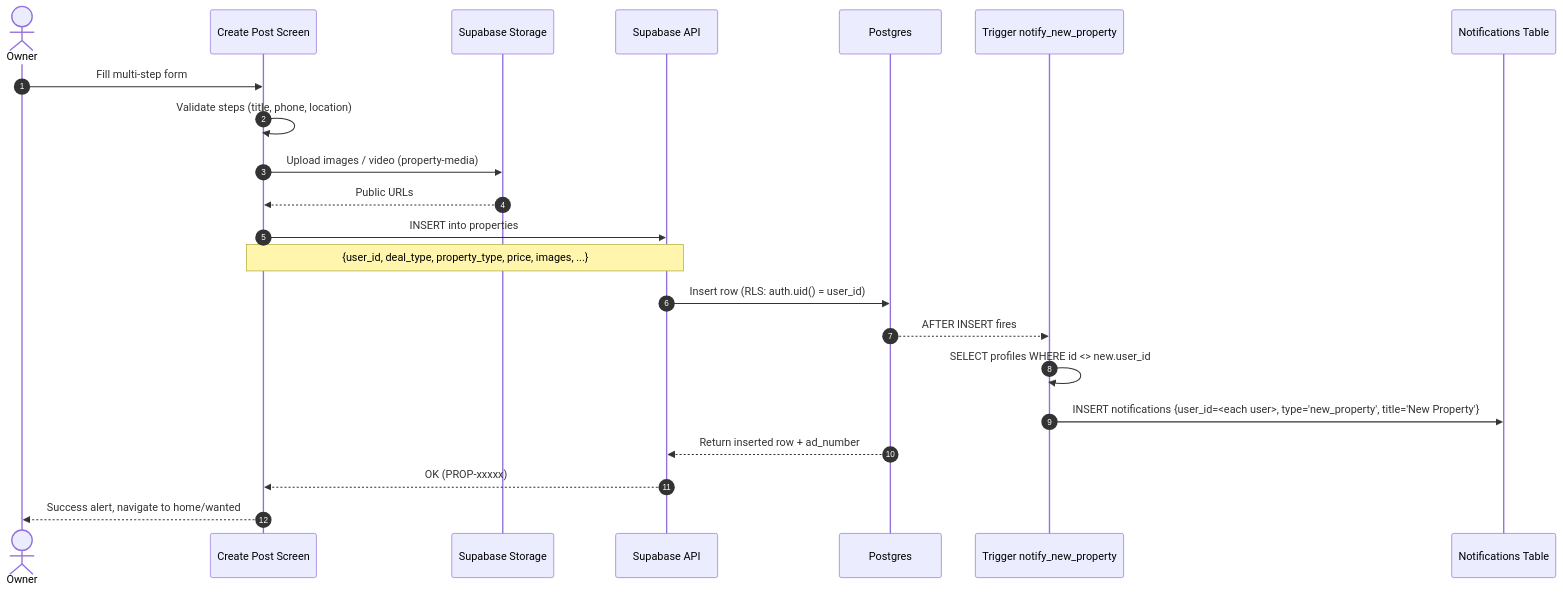
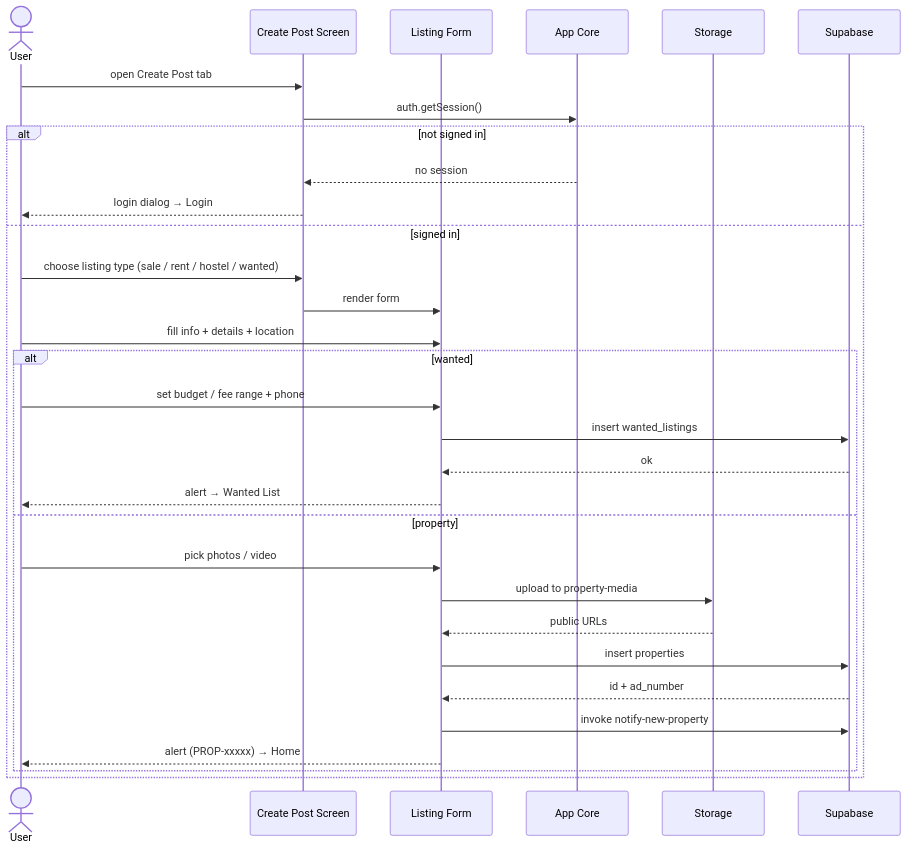
Before and after one commit to phyothant-dev/nestfinder: the sixth of 11 diagrams in docs/diagrams.md, drawn with Mermaid. The commit also changed other lines of this file and 14 other files, not shown here.

Commit message:
Redraw diagrams in loc-jobs style with per-flow sequence diagrams and end states

````diff
--- a/docs/diagrams.md
+++ b/docs/diagrams.md
@@ -94,25 +253,34 @@
 ```mermaid
 sequenceDiagram
-    autonumber
-    actor Owner as Owner
-    participant App as Create Post Screen
-    participant Storage as Supabase Storage
-    participant Supa as Supabase API
-    participant DB as Postgres
-    participant Trig as Trigger notify_new_property
-    participant NB as Notifications Table
+    actor User
+    participant CP as Create Post Screen
+    participant FM as Listing Form
+    participant CO as App Core
+    participant ST as Storage
+    participant SU as Supabase
 
-    Owner->>App: Fill multi-step form
-    App->>App: Validate steps (title, phone, location)
-    App->>Storage: Upload images / video (property-media)
-    Storage-->>App: Public URLs
-    App->>Supa: INSERT into properties
-    Note over App,Supa: {user_id, deal_type, property_type, price, images, ...}
-    Supa->>DB: Insert row (RLS: auth.uid() = user_id)
-    DB-->>Trig: AFTER INSERT fires
-    Trig->>Trig: SELECT profiles WHERE id <> new.user_id
-    Trig->>NB: INSERT notifications {user_id=<each user>, type='new_property', title='New Property'}
-    DB-->>Supa: Return inserted row + ad_number
-    Supa-->>App: OK (PROP-xxxxx)
-    App-->>Owner: Success alert, navigate to home/wanted
+    User->>CP: open Create Post tab
+    CP->>CO: auth.getSession()
+    alt not signed in
+        CO-->>CP: no session
+        CP-->>User: login dialog → Login
+    else signed in
+        User->>CP: choose listing type (sale / rent / hostel / wanted)
+        CP->>FM: render form
+        User->>FM: fill info + details + location
+        alt wanted
+            User->>FM: set budget / fee range + phone
+            FM->>SU: insert wanted_listings
+            SU-->>FM: ok
+            FM-->>User: alert → Wanted List
+        else property
+            User->>FM: pick photos / video
+            FM->>ST: upload to property-media
+            ST-->>FM: public URLs
+            FM->>SU: insert properties
+            SU-->>FM: id + ad_number
+            FM->>SU: invoke notify-new-property
+            FM-->>User: alert (PROP-xxxxx) → Home
+        end
+    end
 ```
````
